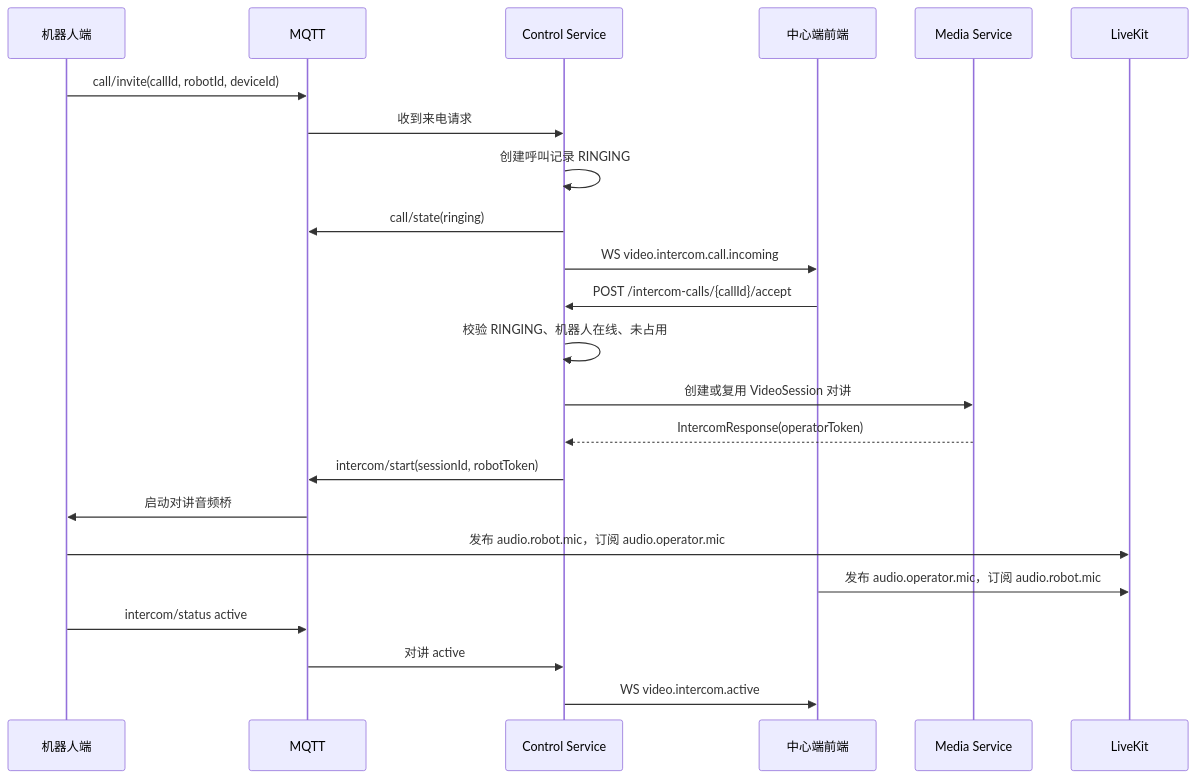
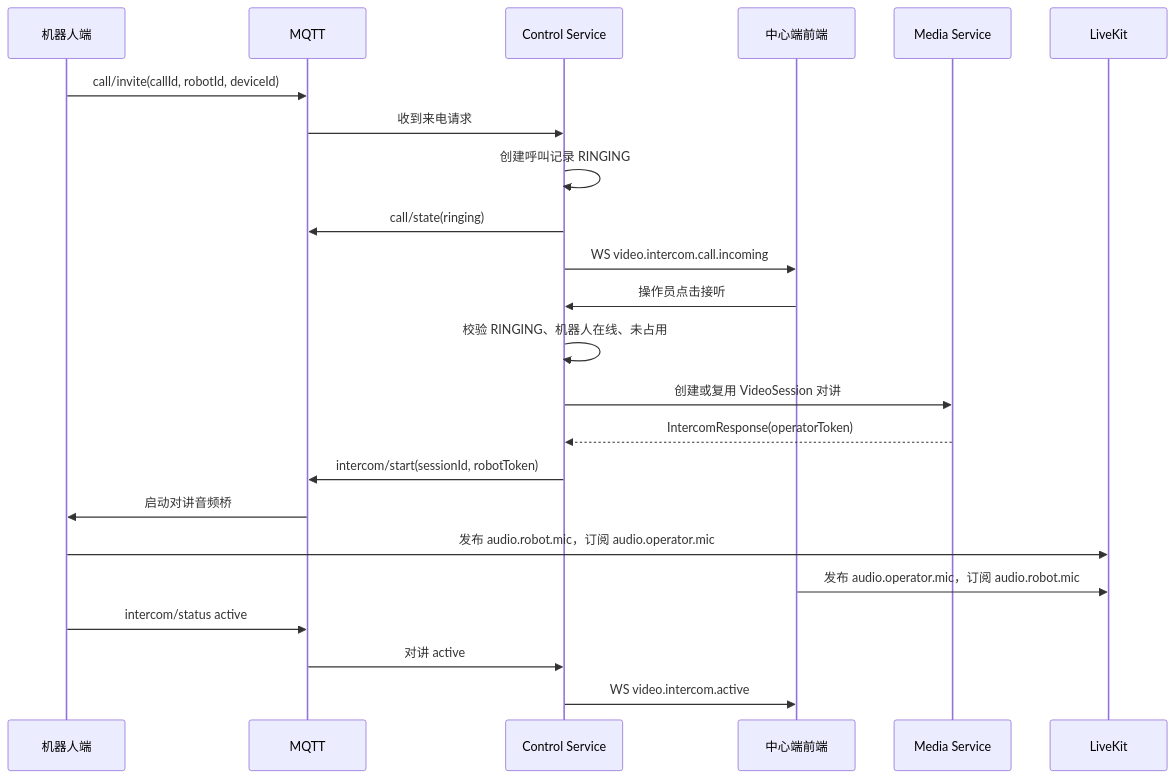
Before and after one commit to waleelay/robot: the diagram in docs/机器人主动呼叫中心端对讲方案.md, drawn with Mermaid. The commit also changed other lines of this file and 22 other files, not shown here.

````diff
--- a/docs/机器人主动呼叫中心端对讲方案.md
+++ b/docs/机器人主动呼叫中心端对讲方案.md
@@ -437,26 +311,26 @@
 ```mermaid
 sequenceDiagram
     participant Robot as 机器人端
     participant MQTT as MQTT
     participant CS as Control Service
     participant FE as 中心端前端
     participant MS as Media Service
     participant LK as LiveKit
 
     Robot->>MQTT: call/invite(callId, robotId, deviceId)
     MQTT->>CS: 收到来电请求
     CS->>CS: 创建呼叫记录 RINGING
     CS->>MQTT: call/state(ringing)
     CS->>FE: WS video.intercom.call.incoming
-    FE->>CS: POST /intercom-calls/{callId}/accept
+    FE->>CS: 操作员点击接听
     CS->>CS: 校验 RINGING、机器人在线、未占用
     CS->>MS: 创建或复用 VideoSession 对讲
     MS-->>CS: IntercomResponse(operatorToken)
     CS->>MQTT: intercom/start(sessionId, robotToken)
     MQTT->>Robot: 启动对讲音频桥
     Robot->>LK: 发布 audio.robot.mic，订阅 audio.operator.mic
     FE->>LK: 发布 audio.operator.mic，订阅 audio.robot.mic
     Robot->>MQTT: intercom/status active
     MQTT->>CS: 对讲 active
     CS->>FE: WS video.intercom.active
 ```
````
